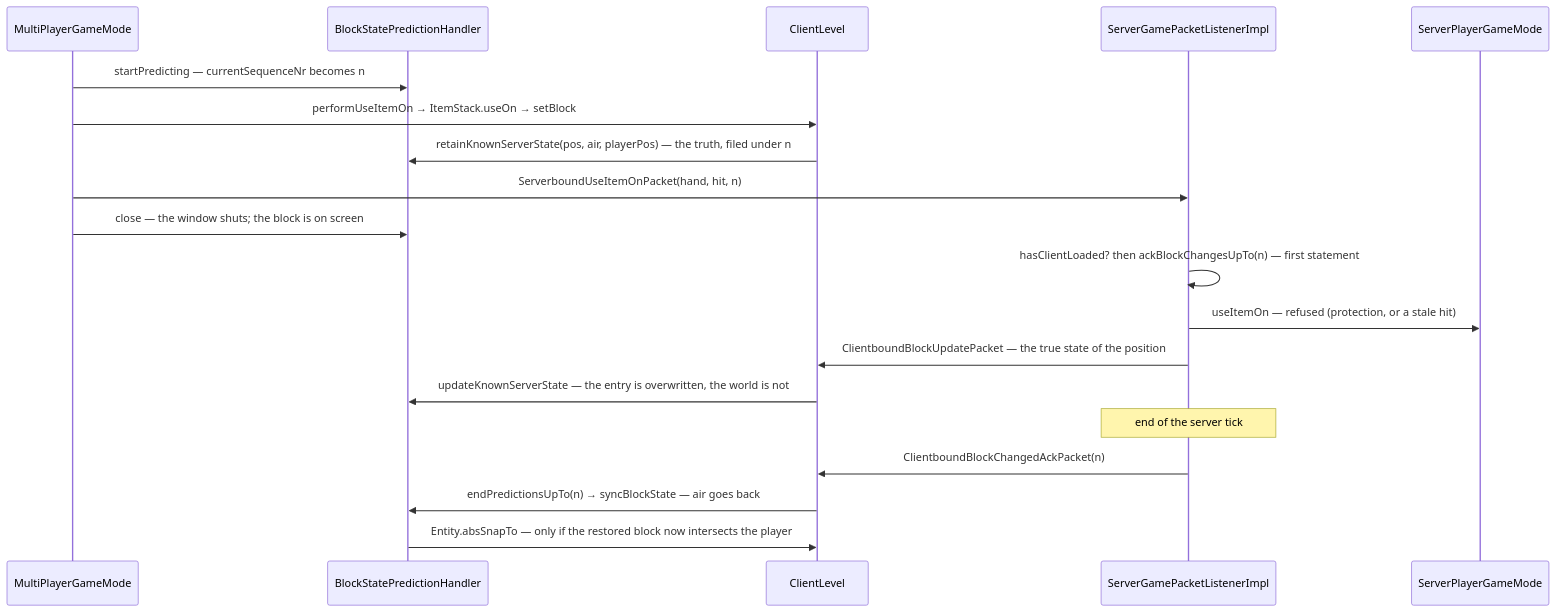
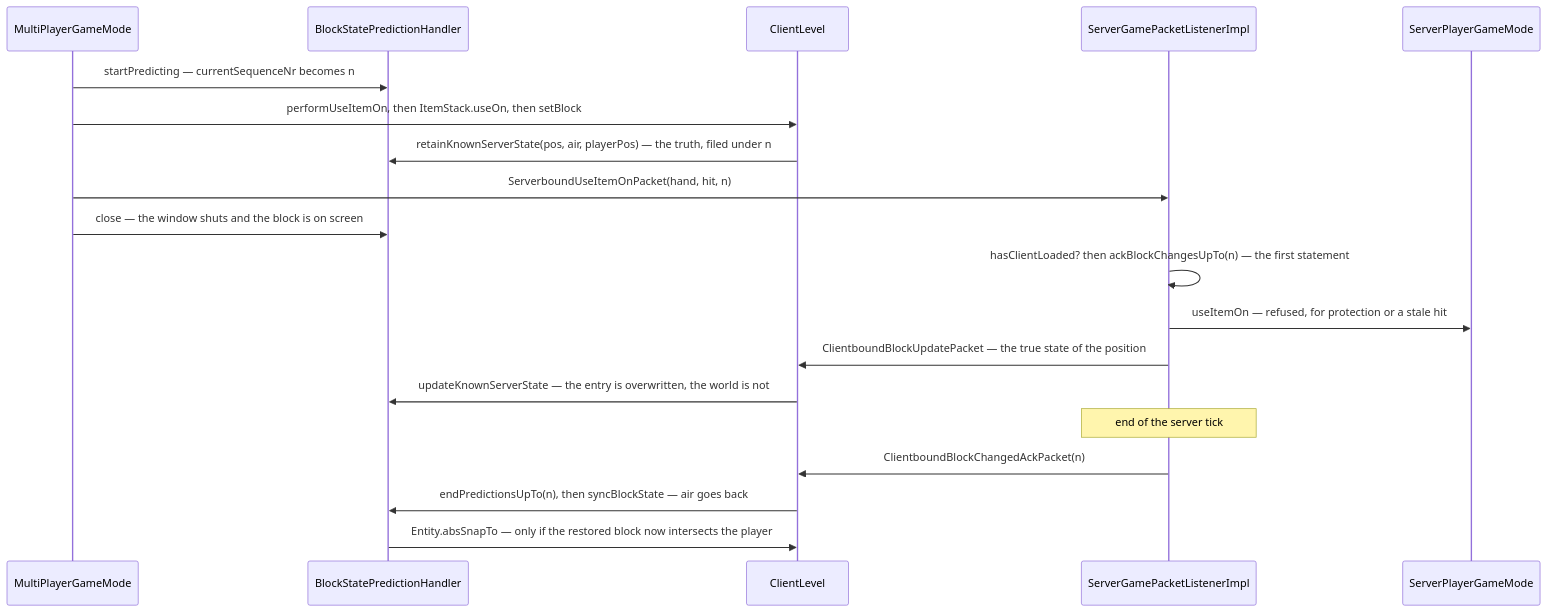
Before and after one commit to AlexanderjFraser/MinecraftDocs: the second of 2 diagrams in src/systems/client/prediction-and-acks.md, drawn with Mermaid. The commit also changed other lines of this file and 27 other files, not shown here.

````diff
--- a/src/systems/client/prediction-and-acks.md
+++ b/src/systems/client/prediction-and-acks.md
@@ -109,22 +102,22 @@
 ```mermaid
 sequenceDiagram
     participant MPGM as MultiPlayerGameMode
     participant BSPH as BlockStatePredictionHandler
     participant CL as ClientLevel
     participant SGPL as ServerGamePacketListenerImpl
     participant SPGM as ServerPlayerGameMode
 
     MPGM->>BSPH: startPredicting — currentSequenceNr becomes n
-    MPGM->>CL: performUseItemOn → ItemStack.useOn → setBlock
+    MPGM->>CL: performUseItemOn, then ItemStack.useOn, then setBlock
     CL->>BSPH: retainKnownServerState(pos, air, playerPos) — the truth, filed under n
     MPGM->>SGPL: ServerboundUseItemOnPacket(hand, hit, n)
-    MPGM->>BSPH: close — the window shuts#59; the block is on screen
-    SGPL->>SGPL: hasClientLoaded? then ackBlockChangesUpTo(n) — first statement
-    SGPL->>SPGM: useItemOn — refused (protection, or a stale hit)
+    MPGM->>BSPH: close — the window shuts and the block is on screen
+    SGPL->>SGPL: hasClientLoaded? then ackBlockChangesUpTo(n) — the first statement
+    SGPL->>SPGM: useItemOn — refused, for protection or a stale hit
     SGPL->>CL: ClientboundBlockUpdatePacket — the true state of the position
     CL->>BSPH: updateKnownServerState — the entry is overwritten, the world is not
     Note over SGPL: end of the server tick
     SGPL->>CL: ClientboundBlockChangedAckPacket(n)
-    CL->>BSPH: endPredictionsUpTo(n) → syncBlockState — air goes back
+    CL->>BSPH: endPredictionsUpTo(n), then syncBlockState — air goes back
     BSPH->>CL: Entity.absSnapTo — only if the restored block now intersects the player
 ```
````
